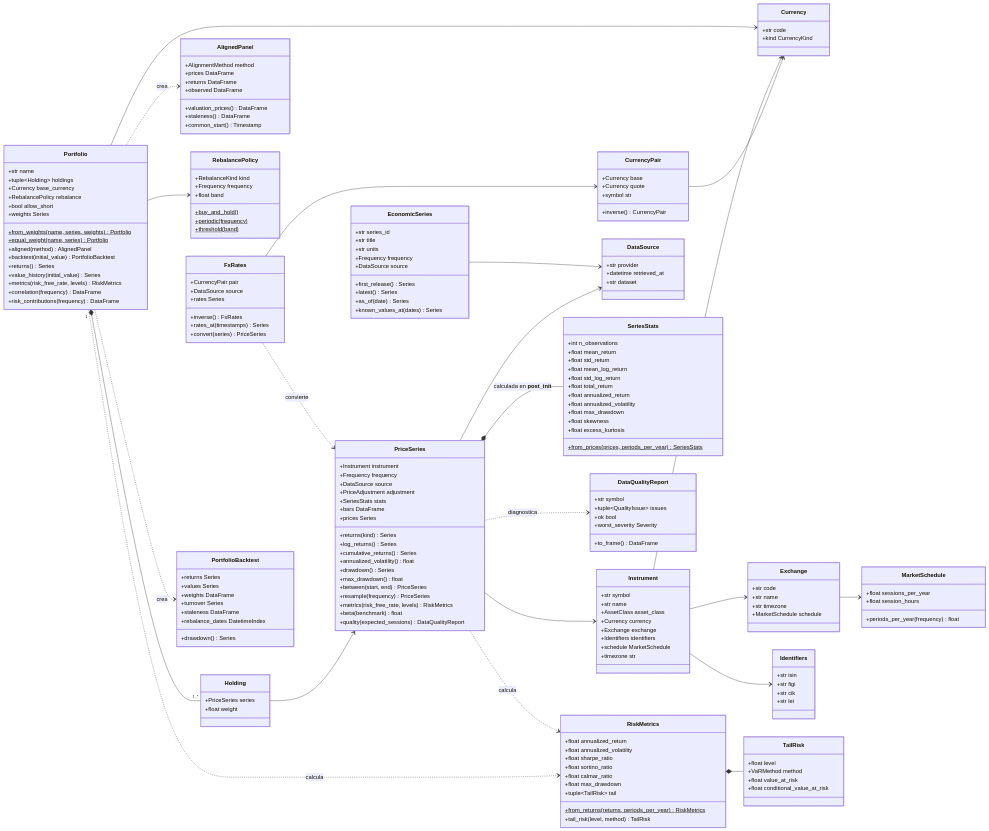
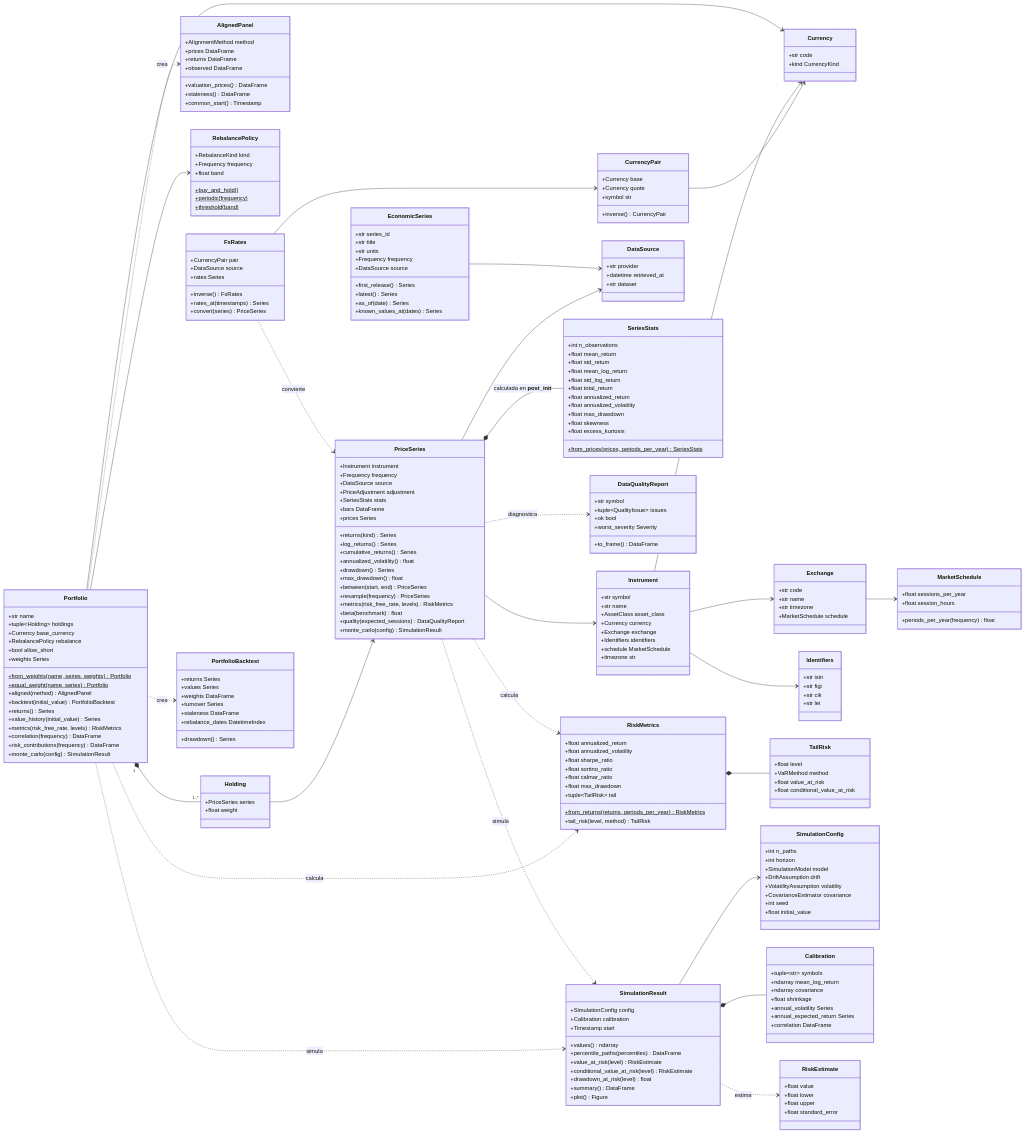
Before and after one commit to JAVIIFDEEZ/Finances: the diagram in docs/architecture/domain.md, drawn with Mermaid. The commit also changed other lines of this file and 10 other files, not shown here.

First line of the commit message:
docs: add ADR-0016 and document the Monte Carlo engine

````diff
--- a/docs/architecture/domain.md
+++ b/docs/architecture/domain.md
@@ -86,6 +86,7 @@
         +metrics(risk_free_rate, levels) RiskMetrics
         +beta(benchmark) float
         +quality(expected_sessions) DataQualityReport
+        +monte_carlo(config) SimulationResult
     }
     class FxRates {
         +CurrencyPair pair
@@ -150,6 +151,7 @@
         +metrics(risk_free_rate, levels) RiskMetrics
         +correlation(frequency) DataFrame
         +risk_contributions(frequency) DataFrame
+        +monte_carlo(config) SimulationResult
     }
     class PortfolioBacktest {
         +returns Series
@@ -177,6 +179,43 @@
         +float value_at_risk
         +float conditional_value_at_risk
     }
+    class SimulationConfig {
+        +int n_paths
+        +int horizon
+        +SimulationModel model
+        +DriftAssumption drift
+        +VolatilityAssumption volatility
+        +CovarianceEstimator covariance
+        +int seed
+        +float initial_value
+    }
+    class Calibration {
+        +tuple~str~ symbols
+        +ndarray mean_log_return
+        +ndarray covariance
+        +float shrinkage
+        +annual_volatility Series
+        +annual_expected_return Series
+        +correlation DataFrame
+    }
+    class SimulationResult {
+        +SimulationConfig config
+        +Calibration calibration
+        +Timestamp start
+        +values() ndarray
+        +percentile_paths(percentiles) DataFrame
+        +value_at_risk(level) RiskEstimate
+        +conditional_value_at_risk(level) RiskEstimate
+        +drawdown_at_risk(level) float
+        +summary() DataFrame
+        +plot() Figure
+    }
+    class RiskEstimate {
+        +float value
+        +float lower
+        +float upper
+        +float standard_error
+    }
 
     CurrencyPair --> Currency
     Exchange --> MarketSchedule
@@ -199,4 +238,9 @@
     FxRates --> CurrencyPair
     FxRates ..> PriceSeries : convierte
     PriceSeries ..> DataQualityReport : diagnostica
+    Portfolio ..> SimulationResult : simula
+    PriceSeries ..> SimulationResult : simula
+    SimulationResult --> SimulationConfig
+    SimulationResult *-- Calibration
+    SimulationResult ..> RiskEstimate : estima
 ```
````
